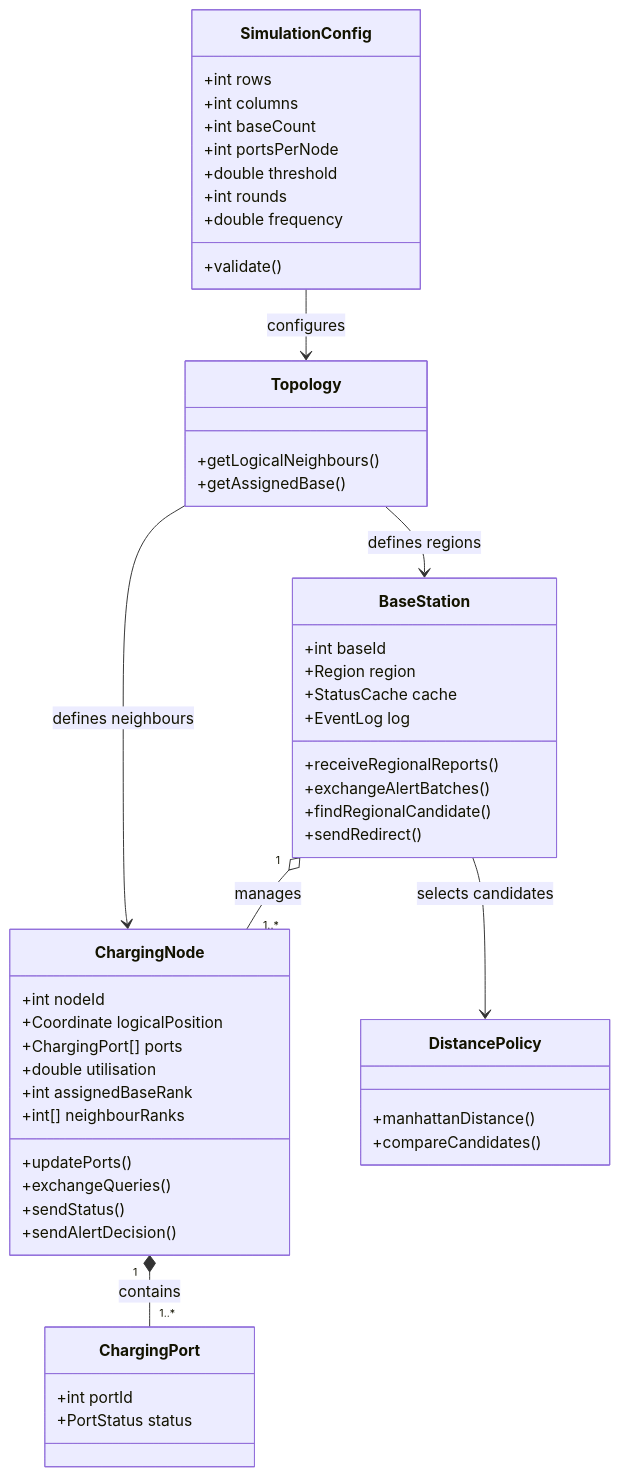
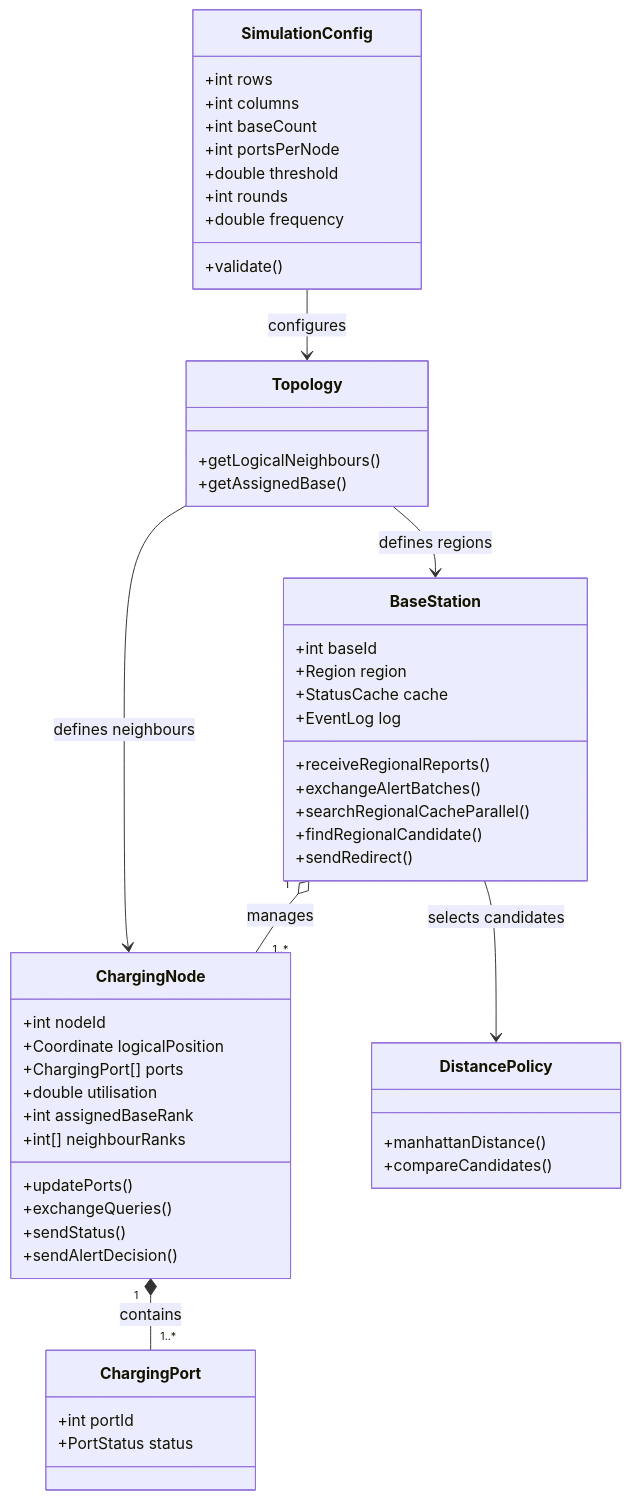
One commit to jiaqi-liu-34422242/fit3143-lab1-group07 changed the first of 2 diagrams in applied1/Task2_Final_Teaching_Aligned_Design.md. Above: the diagram before and after it, drawn with Mermaid. The commit also changed other lines of this file and 1 other file, not shown here.

````diff
--- a/applied1/Task2_Final_Teaching_Aligned_Design.md
+++ b/applied1/Task2_Final_Teaching_Aligned_Design.md
@@ -43,53 +45,54 @@
 ```mermaid
 classDiagram
     class SimulationConfig {
       +int rows
       +int columns
       +int baseCount
       +int portsPerNode
       +double threshold
       +int rounds
       +double frequency
       +validate()
     }
     class ChargingPort {
       +int portId
       +PortStatus status
     }
     class ChargingNode {
       +int nodeId
       +Coordinate logicalPosition
       +ChargingPort[] ports
       +double utilisation
       +int assignedBaseRank
       +int[] neighbourRanks
       +updatePorts()
       +exchangeQueries()
       +sendStatus()
       +sendAlertDecision()
     }
     class BaseStation {
       +int baseId
       +Region region
       +StatusCache cache
       +EventLog log
       +receiveRegionalReports()
       +exchangeAlertBatches()
+      +searchRegionalCacheParallel()
       +findRegionalCandidate()
       +sendRedirect()
     }
     class Topology {
       +getLogicalNeighbours()
       +getAssignedBase()
     }
     class DistancePolicy {
       +manhattanDistance()
       +compareCandidates()
     }
     SimulationConfig --> Topology : configures
     ChargingNode "1" *-- "1..*" ChargingPort : contains
     BaseStation "1" o-- "1..*" ChargingNode : manages
     Topology --> ChargingNode : defines neighbours
     Topology --> BaseStation : defines regions
     BaseStation --> DistancePolicy : selects candidates
 ```
````
